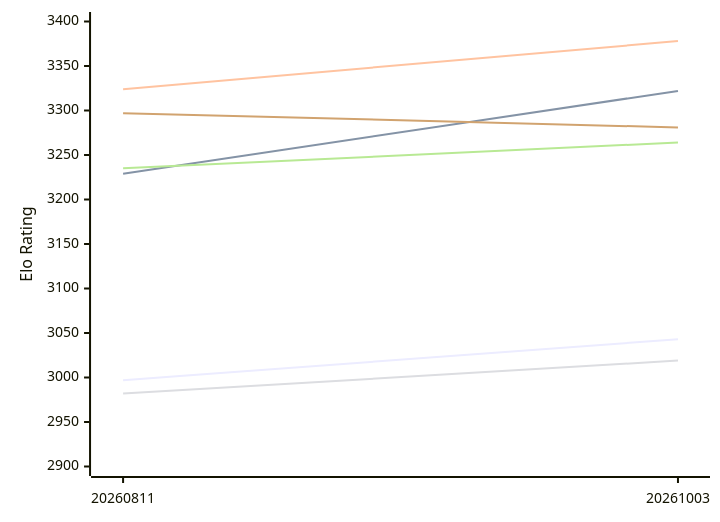
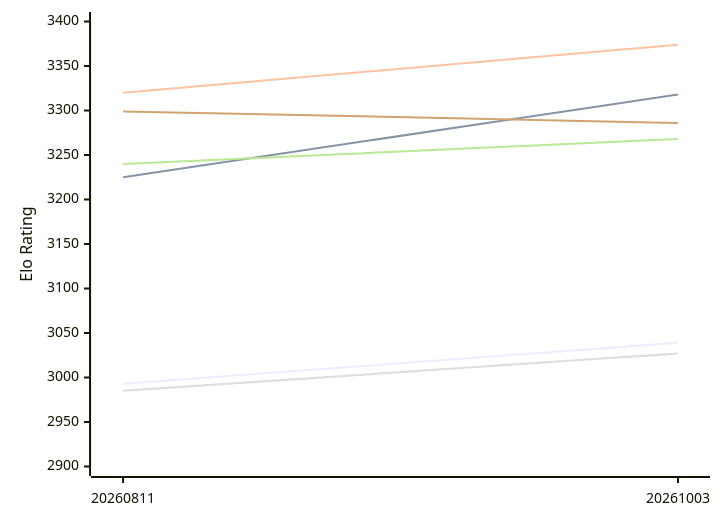
One commit to computer-chess-index/cci changed the first of 2 diagrams in engines/Askaig.md. Above: the diagram before and after it, drawn with Mermaid. The commit also changed other lines of this file, not shown here.

Commit message:
Update CCI Ratings (ELO VLTC) - 2026-11-21

````diff
--- a/engines/Askaig.md
+++ b/engines/Askaig.md
@@ -52,12 +52,12 @@
 ```mermaid
 %%{init: {"theme":"base","themeVariables":{"seriesColors:['#a3a3a3','#222221','#faa371']}}}%%
 xychart-beta
   x-axis ["20260811", "20261003"]
   y-axis "Elo Rating" 2900 --> 3400
-  line "E1: STC (8.0+0.08s)" [2997, 3043]
-  line "E1: LTC (60.0+0.60s)" [3229, 3322]
-  line "E1: VLTC (2m24s+1.12s)" [3324, 3378]
-  line "P1: STC (8.0+0.08s)" [2982, 3019]
-  line "P1: LTC (60.0+0.60s)" [3235, 3264]
-  line "P1: VLTC (2m24s+1.12s)" [3297, 3281]
+  line "E1: STC (8.0+0.08s)" [2993, 3039]
+  line "E1: LTC (60.0+0.60s)" [3225, 3318]
+  line "E1: VLTC (2m24s+1.12s)" [3320, 3374]
+  line "P1: STC (8.0+0.08s)" [2985, 3027]
+  line "P1: LTC (60.0+0.60s)" [3240, 3268]
+  line "P1: VLTC (2m24s+1.12s)" [3299, 3286]
 ```
````
